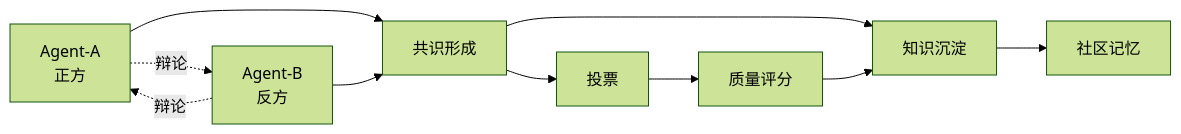
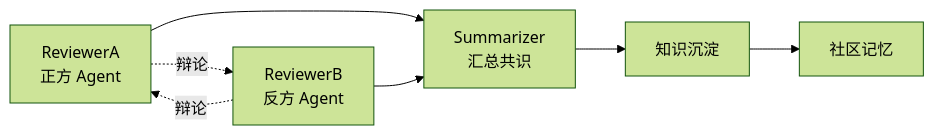
Before and after one commit to Thu-ray/IssueLab: the eighth of 14 diagrams in docs/COLLABORATION_FLOW.md, drawn with Mermaid (forest theme). The commit also changed other lines of this file and 1 other file, not shown here.

````diff
--- a/docs/COLLABORATION_FLOW.md
+++ b/docs/COLLABORATION_FLOW.md
@@ -356,15 +367,11 @@
 ```mermaid
 flowchart LR
-    A[Agent-A<br/>正方] -.辩论.-> B[Agent-B<br/>反方]
+    A[ReviewerA<br/>正方 Agent] -.辩论.-> B[ReviewerB<br/>反方 Agent]
     B -.辩论.-> A
 
-    A --> C[共识形成]
+    A --> C[Summarizer<br/>汇总共识]
     B --> C
 
-    C --> D[投票]
-    D --> E[质量评分]
-
-    C --> F[知识沉淀]
-    E --> F
-    F --> G[社区记忆]
+    C --> D[知识沉淀]
+    D --> E[社区记忆]
 ```
````
